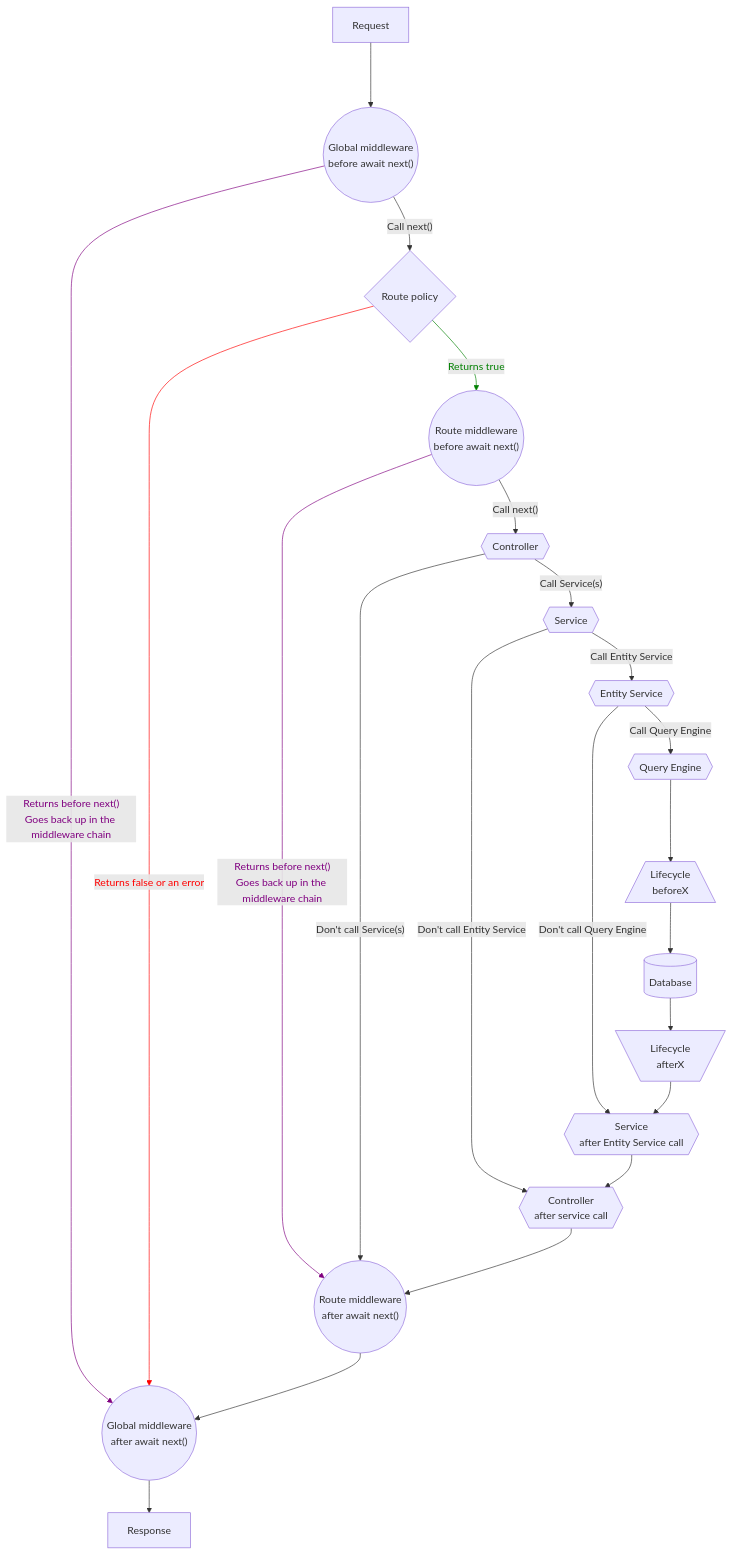
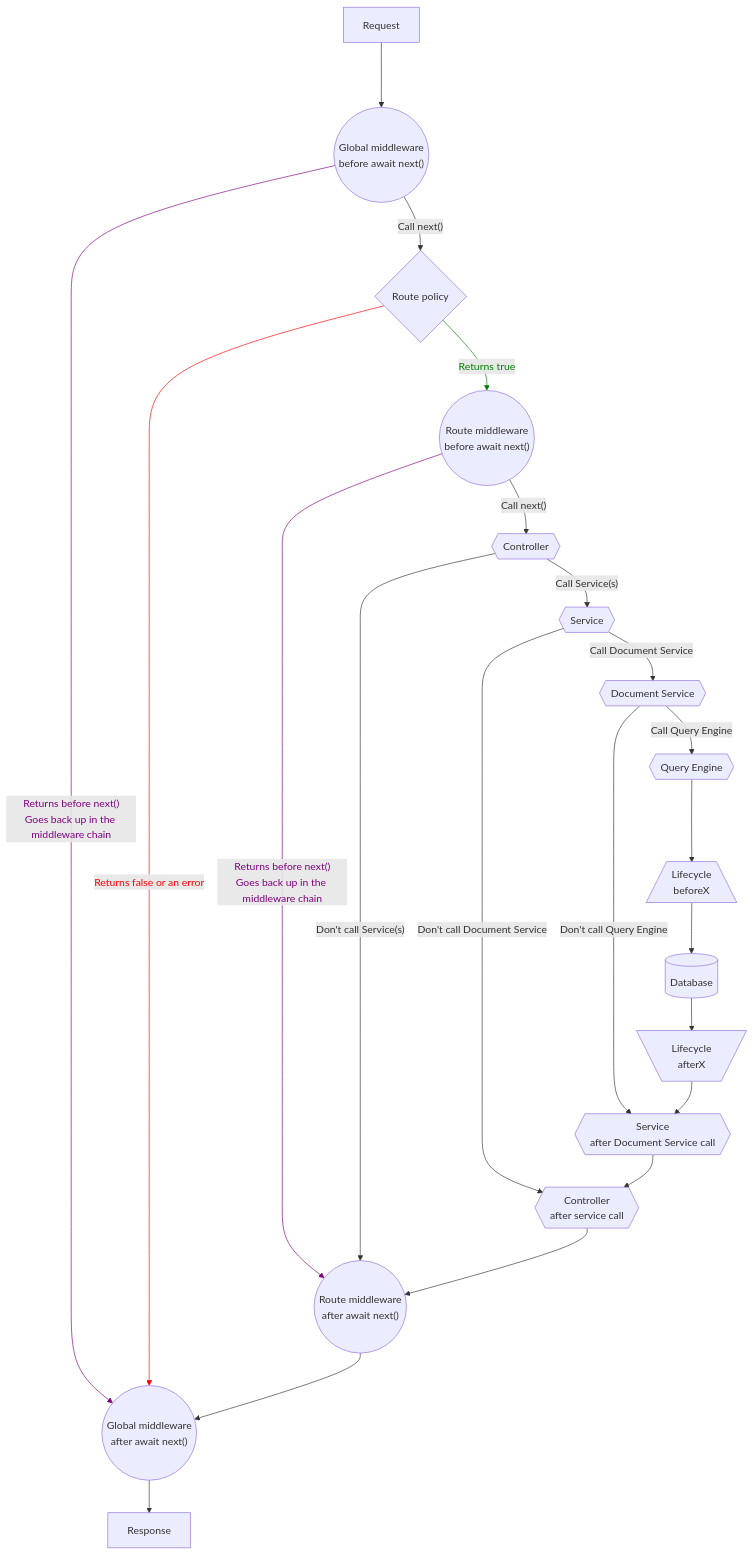
One commit to strapi/documentation changed the diagram in docusaurus/docs/dev-docs/backend-customization.md. Above: the diagram before and after it, drawn with Mermaid. The commit also changed other lines of this file and 8 other files, not shown here.

Commit message:
Further replace mentions of Entity Service by Document Service

````diff
--- a/docusaurus/docs/dev-docs/backend-customization.md
+++ b/docusaurus/docs/dev-docs/backend-customization.md
@@ -52,44 +52,44 @@
 ```mermaid
 graph TB
     request[Request] ---> globalMiddlewareA(("Global middleware<br/>before await next()"))
     globalMiddlewareA --"Call next()"--> routePolicy{Route policy}
     globalMiddlewareA --"Returns before next()<br>Goes back up in the middleware chain"-->globalMiddlewareB
     routePolicy --Returns true--> routeMiddlewareA(("Route middleware<br/>before await next()"))
     routePolicy --Returns false or an error-->globalMiddlewareB
     routeMiddlewareA --"Returns before next()<br>Goes back up in the middleware chain"-->routeMiddlewareB
     routeMiddlewareA --"Call next()"--> controllerA{{Controller}}
     controllerA --"Call Service(s)"--> serviceA{{Service}}
     controllerA --"Don't call Service(s)" --> routeMiddlewareB
-    serviceA --"Call Entity Service" --> entityService{{Entity Service}}
-    serviceA --"Don't call Entity Service" --> controllerB
-    entityService --"Call Query Engine"--> queryEngine{{Query Engine}}
-    entityService --"Don't call Query Engine" --> serviceB
+    serviceA --"Call Document Service" --> documentService{{Document Service}}
+    serviceA --"Don't call Document Service" --> controllerB
+    documentService --"Call Query Engine"--> queryEngine{{Query Engine}}
+    documentService --"Don't call Query Engine" --> serviceB
     queryEngine --> lifecyclesBefore[/Lifecycle<br> beforeX\] 
     lifecyclesBefore[/Lifecycle<br> beforeX\] --> database[(Database)]
     database --> lifecyclesAfter[\Lifecycle<br> afterX/]
-    lifecyclesAfter --> serviceB{{"Service<br/>after Entity Service call"}}
+    lifecyclesAfter --> serviceB{{"Service<br/>after Document Service call"}}
     serviceB --> controllerB{{"Controller<br/>after service call"}}
     controllerB --> routeMiddlewareB(("Route middleware<br/>after await next()"))
     routeMiddlewareB --> globalMiddlewareB(("Global middleware<br/>after await next()"))
     globalMiddlewareB --> response[Response]
     linkStyle 3 stroke:green,color:green
     linkStyle 4 stroke:red,color:red
     linkStyle 2 stroke:purple,color:purple
     linkStyle 5 stroke:purple,color:purple
     click request "/dev-docs/backend-customization/requests-responses"
     click globalMiddlewareA "/dev-docs/backend-customization/middlewares"
     click globalMiddlewareB "/dev-docs/backend-customization/middlewares"
     click routePolicy "/dev-docs/backend-customization/routes"
     click routeMiddlewareA "/dev-docs/backend-customization/routes"
     click routeMiddlewareB "/dev-docs/backend-customization/routes"
     click controllerA "/dev-docs/backend-customization/controllers"
     click controllerB "/dev-docs/backend-customization/controllers"
     click serviceA "/dev-docs/backend-customization/services"
     click serviceB "/dev-docs/backend-customization/services"
-    click entityService "/dev-docs/api/entity-service/"
+    click documentService "/dev-docs/api/Document-service/"
     click lifecyclesBefore "/dev-docs/backend-customization/models#lifecycle-hooks"
     click queryEngine "/dev-docs/api/query-engine/"
     click lifecyclesAfter "/dev-docs/backend-customization/models#lifecycle-hooks"
     click response "/dev-docs/backend-customization/requests-responses"
     click queryEngine "/dev-docs/api/query-engine"
 ```
````
